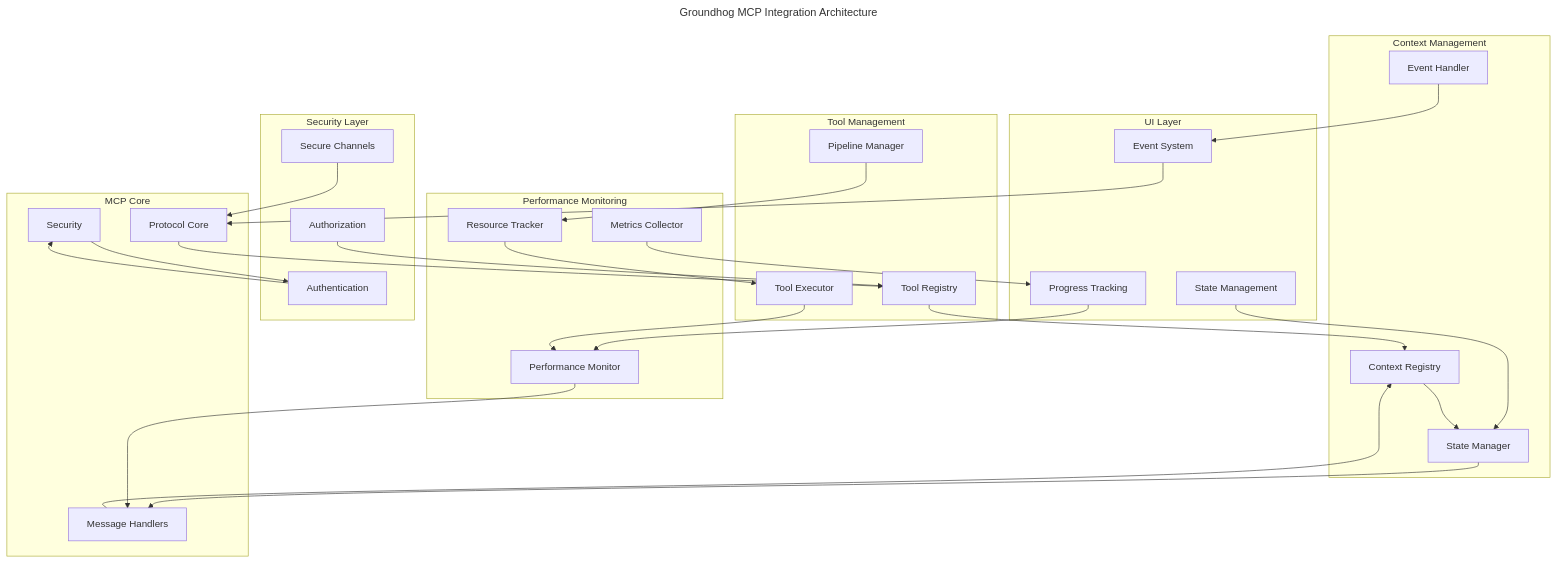
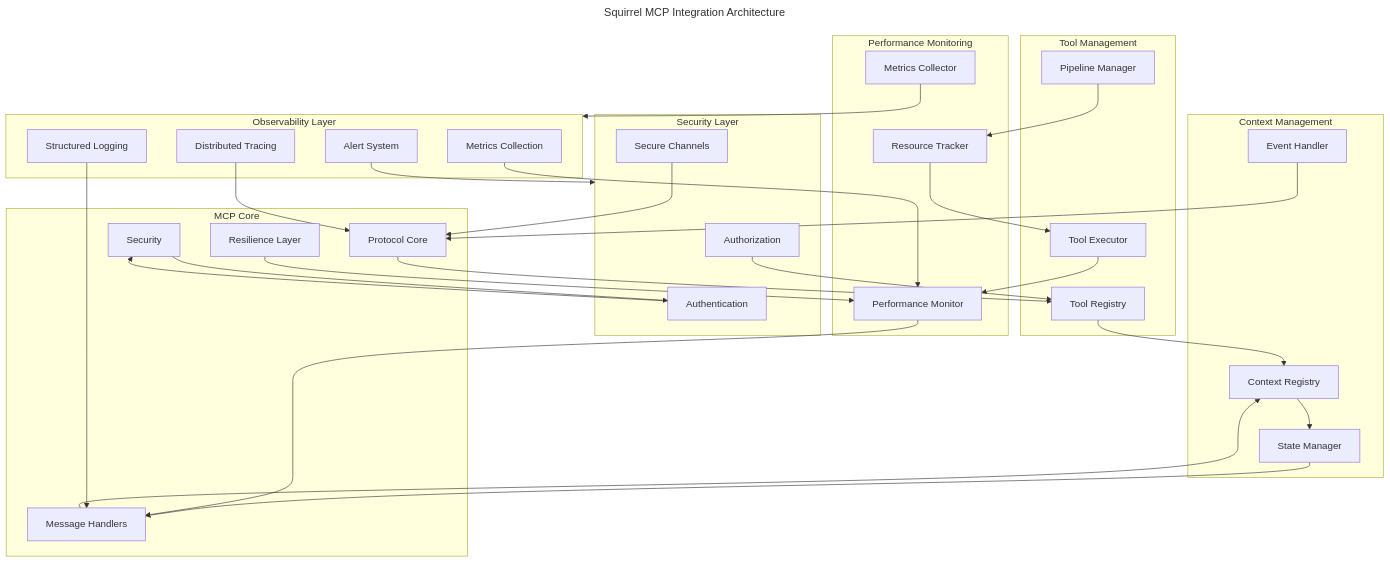
One commit to ecoPrimals/squirrel changed the first of 4 diagrams in specs/integration/README.md. Above: the diagram before and after it, drawn with Mermaid. The commit also changed other lines of this file and 89 other files, not shown here.

````diff
--- a/specs/integration/README.md
+++ b/specs/integration/README.md
@@ -5,71 +5,75 @@
 ```mermaid
 ---
-title: Groundhog MCP Integration Architecture
+title: Squirrel MCP Integration Architecture
 ---
 graph TB
-    subgraph UI["UI Layer"]
-        UI_Events["Event System"]
-        UI_State["State Management"]
-        UI_Progress["Progress Tracking"]
-    end
-
     subgraph MCP["MCP Core"]
         MCP_Protocol["Protocol Core"]
         MCP_Handler["Message Handlers"]
         MCP_Security["Security"]
+        MCP_Resilience["Resilience Layer"]
     end
 
     subgraph Tools["Tool Management"]
         Tool_Registry["Tool Registry"]
         Tool_Executor["Tool Executor"]
         Tool_Pipeline["Pipeline Manager"]
     end
 
     subgraph Context["Context Management"]
         Context_Registry["Context Registry"]
         State_Manager["State Manager"]
         Event_Handler["Event Handler"]
     end
 
     subgraph Security["Security Layer"]
         Auth_System["Authentication"]
         Auth_Manager["Authorization"]
         Secure_Channel["Secure Channels"]
     end
 
     subgraph Performance["Performance Monitoring"]
         Perf_Monitor["Performance Monitor"]
         Resource_Track["Resource Tracker"]
         Metrics_Collect["Metrics Collector"]
     end
-
-    %% UI Layer Connections
-    UI_Events --> MCP_Protocol
-    UI_State --> State_Manager
-    UI_Progress --> Perf_Monitor
+    
+    subgraph Observability["Observability Layer"]
+        Metrics["Metrics Collection"]
+        Tracing["Distributed Tracing"]
+        Logging["Structured Logging"]
+        Alerting["Alert System"]
+    end
 
     %% MCP Core Connections
     MCP_Protocol --> Tool_Registry
     MCP_Handler --> Context_Registry
     MCP_Security --> Auth_System
+    MCP_Resilience --> Perf_Monitor
 
     %% Tool Management Connections
     Tool_Registry --> Context_Registry
     Tool_Executor --> Perf_Monitor
     Tool_Pipeline --> Resource_Track
 
     %% Context Management Connections
     Context_Registry --> State_Manager
     State_Manager --> MCP_Handler
-    Event_Handler --> UI_Events
+    Event_Handler --> MCP_Protocol
 
     %% Security Layer Connections
     Auth_System --> MCP_Security
     Auth_Manager --> Tool_Registry
     Secure_Channel --> MCP_Protocol
 
     %% Performance Monitoring Connections
     Perf_Monitor --> MCP_Handler
     Resource_Track --> Tool_Executor
-    Metrics_Collect --> UI_Progress
+    Metrics_Collect --> Observability
+    
+    %% Observability Connections
+    Metrics --> Perf_Monitor
+    Tracing --> MCP_Protocol
+    Logging --> MCP_Handler
+    Alerting --> Security
 ```
````
